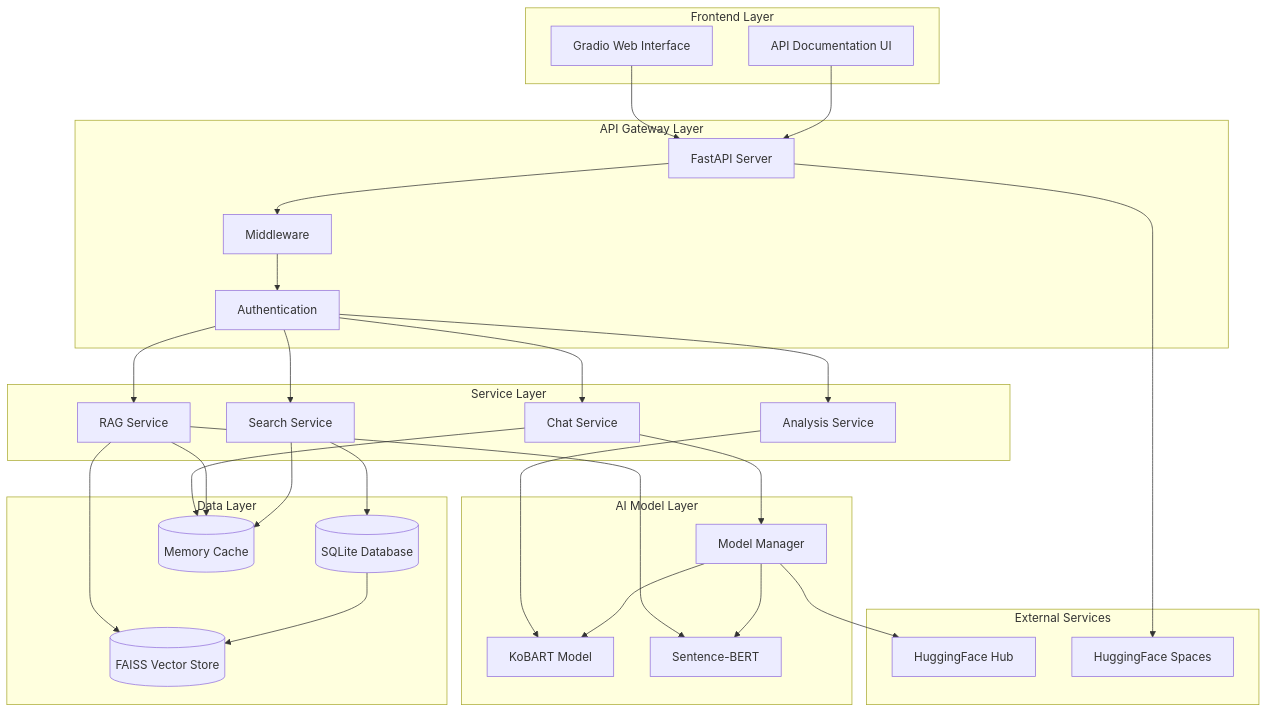
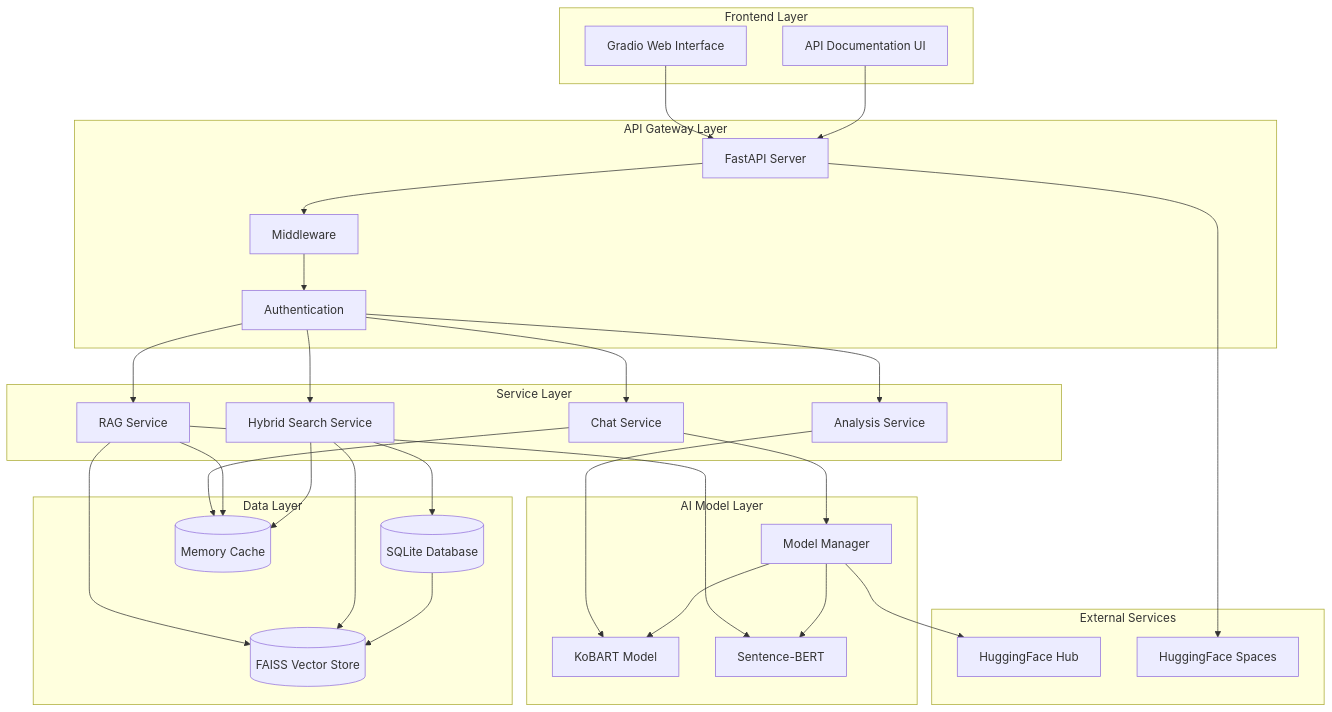
The first of 5 diagrams in docs/architecture/system_architecture.md (kimhaegyeong/LawFirmAI), drawn with Mermaid before and after one commit. The commit also changed other lines of this file and 82 other files, not shown here.

````diff
--- a/docs/architecture/system_architecture.md
+++ b/docs/architecture/system_architecture.md
@@ -5,63 +5,64 @@
 ```mermaid
 graph TB
     subgraph "Frontend Layer"
         UI[Gradio Web Interface]
         API_UI[API Documentation UI]
     end
     
     subgraph "API Gateway Layer"
         FASTAPI[FastAPI Server]
         MW[Middleware]
         AUTH[Authentication]
     end
     
     subgraph "Service Layer"
         CHAT[Chat Service]
         RAG[RAG Service]
-        SEARCH[Search Service]
+        HYBRID[Hybrid Search Service]
         ANALYSIS[Analysis Service]
     end
     
     subgraph "AI Model Layer"
         KOBART[KoBART Model]
         SENTBERT[Sentence-BERT]
         MODEL_MGR[Model Manager]
     end
     
     subgraph "Data Layer"
         SQLITE[(SQLite Database)]
         FAISS[(FAISS Vector Store)]
         CACHE[(Memory Cache)]
     end
     
     subgraph "External Services"
         HF[HuggingFace Hub]
         SPACES[HuggingFace Spaces]
     end
     
     UI --> FASTAPI
     API_UI --> FASTAPI
     FASTAPI --> MW
     MW --> AUTH
     AUTH --> CHAT
     AUTH --> RAG
-    AUTH --> SEARCH
+    AUTH --> HYBRID
     AUTH --> ANALYSIS
     
     CHAT --> MODEL_MGR
     RAG --> SENTBERT
     RAG --> FAISS
-    SEARCH --> SQLITE
+    HYBRID --> SQLITE
+    HYBRID --> FAISS
     ANALYSIS --> KOBART
     
     MODEL_MGR --> KOBART
     MODEL_MGR --> SENTBERT
     
     CHAT --> CACHE
     RAG --> CACHE
-    SEARCH --> CACHE
+    HYBRID --> CACHE
     
     SQLITE --> FAISS
     MODEL_MGR --> HF
     FASTAPI --> SPACES
 ```
````
